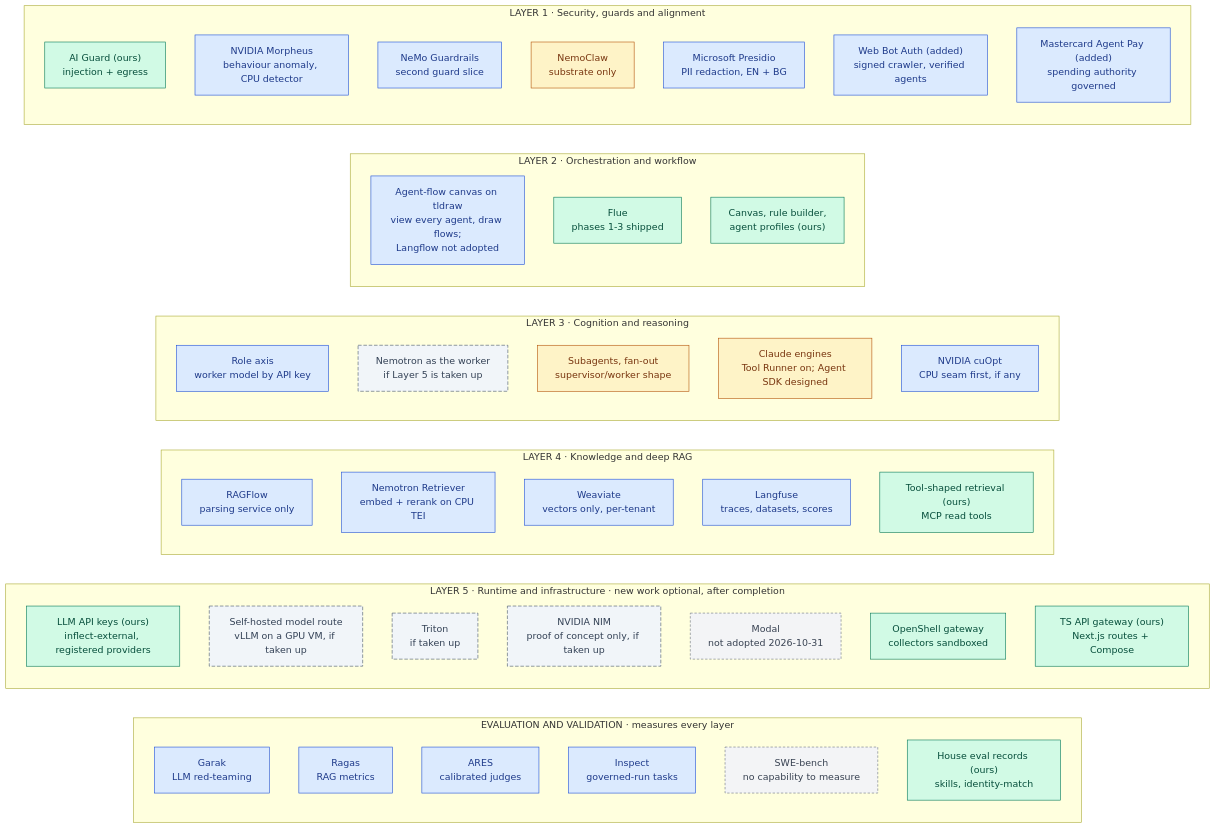
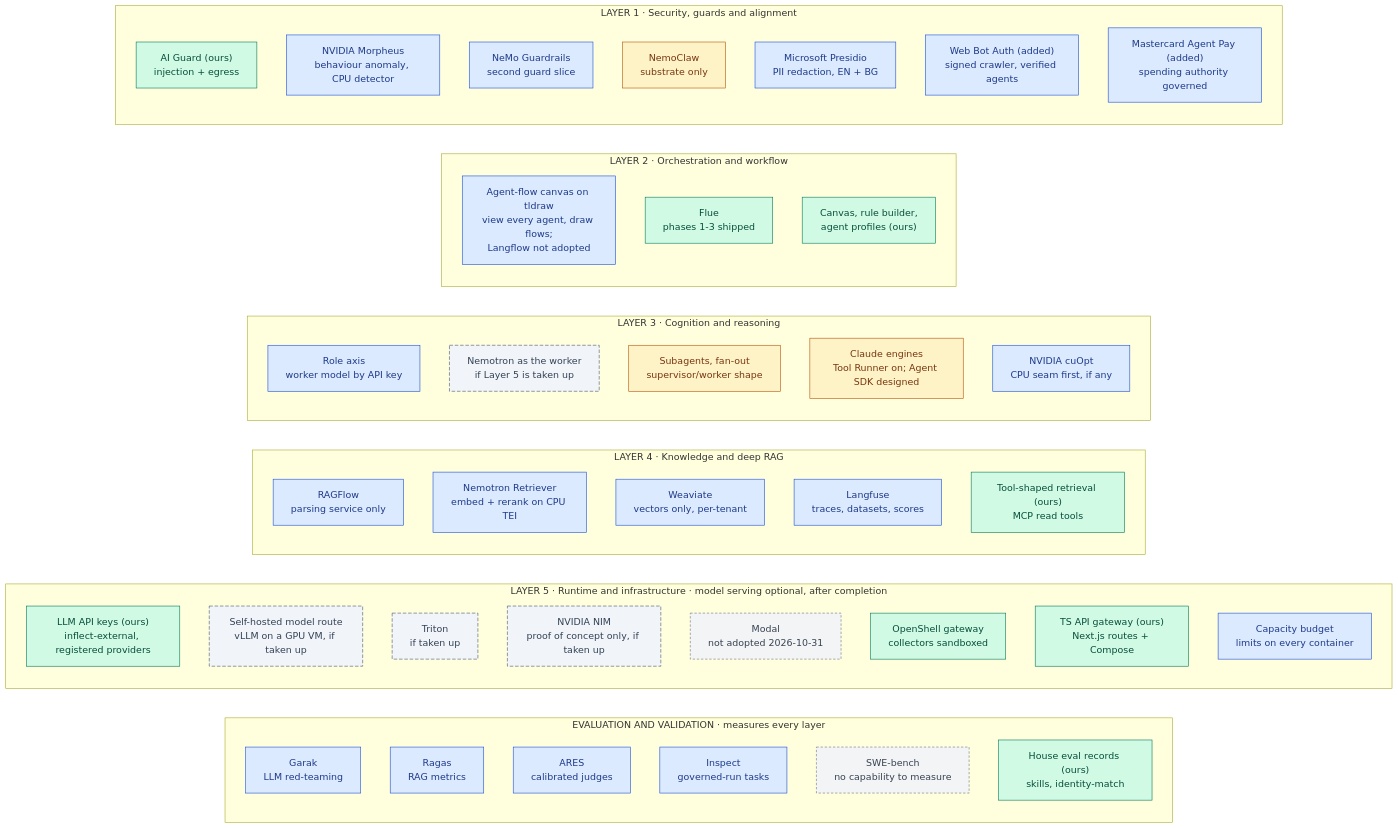
Before and after one commit to RodnaPamet/inflect-compliance: the first of 5 diagrams in docs/ai-architecture-roadmap.md, drawn with Mermaid. The commit also changed other lines of this file and 14 other files, not shown here.

First line of the commit message:
fix(vendor-monitoring): close the TLS-grade SSRF gap; add a capacity budget and a VM capacity snapshot (#4746)

````diff
--- a/docs/ai-architecture-roadmap.md
+++ b/docs/ai-architecture-roadmap.md
@@ -57,65 +59,66 @@
 ```mermaid
 flowchart LR
   subgraph EV["EVALUATION AND VALIDATION · measures every layer"]
     direction TB
     GA["Garak<br/>LLM red-teaming"]:::todo
     RA["Ragas<br/>RAG metrics"]:::todo
     AR["ARES<br/>calibrated judges"]:::todo
     IS["Inspect<br/>governed-run tasks"]:::todo
     SB["SWE-bench<br/>no capability to measure"]:::declined
     HR["House eval records (ours)<br/>skills, identity-match"]:::done
   end
 
-  subgraph L5["LAYER 5 · Runtime and infrastructure · new work optional, after completion"]
+  subgraph L5["LAYER 5 · Runtime and infrastructure · model serving optional, after completion"]
     direction TB
     API["LLM API keys (ours)<br/>inflect-external, registered providers"]:::done
     MD["Self-hosted model route<br/>vLLM on a GPU VM, if taken up"]:::optional
     TT["Triton<br/>if taken up"]:::optional
     NIM["NVIDIA NIM<br/>proof of concept only, if taken up"]:::optional
     MO5["Modal<br/>not adopted 2026-10-31"]:::declined
     OS["OpenShell gateway<br/>collectors sandboxed"]:::done
     GW["TS API gateway (ours)<br/>Next.js routes + Compose"]:::done
+    CAP["Capacity budget<br/>limits on every container"]:::todo
   end
 
   subgraph L4["LAYER 4 · Knowledge and deep RAG"]
     direction TB
     RF["RAGFlow<br/>parsing service only"]:::todo
     RT["Nemotron Retriever<br/>embed + rerank on CPU TEI"]:::todo
     WV["Weaviate<br/>vectors only, per-tenant"]:::todo
     LU["Langfuse<br/>traces, datasets, scores"]:::todo
     TR["Tool-shaped retrieval (ours)<br/>MCP read tools"]:::done
   end
 
   subgraph L3["LAYER 3 · Cognition and reasoning"]
     direction TB
     NR["Role axis<br/>worker model by API key"]:::todo
     NW["Nemotron as the worker<br/>if Layer 5 is taken up"]:::optional
     SW["Subagents, fan-out<br/>supervisor/worker shape"]:::partial
     CL["Claude engines<br/>Tool Runner on; Agent SDK designed"]:::partial
     CO["NVIDIA cuOpt<br/>CPU seam first, if any"]:::todo
   end
 
   subgraph L2["LAYER 2 · Orchestration and workflow"]
     direction TB
     LF["Agent-flow canvas on tldraw<br/>view every agent, draw flows;<br/>Langflow not adopted"]:::todo
     FL["Flue<br/>phases 1-3 shipped"]:::done
     CV["Canvas, rule builder,<br/>agent profiles (ours)"]:::done
   end
 
   subgraph L1["LAYER 1 · Security, guards and alignment"]
     direction TB
     AG["AI Guard (ours)<br/>injection + egress"]:::done
     MO["NVIDIA Morpheus<br/>behaviour anomaly, CPU detector"]:::todo
     NG["NeMo Guardrails<br/>second guard slice"]:::todo
     NC["NemoClaw<br/>substrate only"]:::partial
     PR["Microsoft Presidio<br/>PII redaction, EN + BG"]:::todo
     WB["Web Bot Auth (added)<br/>signed crawler, verified agents"]:::todo
     MA["Mastercard Agent Pay (added)<br/>spending authority governed"]:::todo
   end
 
   classDef done fill:#d1fae5,stroke:#047857,color:#064e3b
   classDef partial fill:#fef3c7,stroke:#b45309,color:#78350f
   classDef todo fill:#dbeafe,stroke:#1d4ed8,color:#1e3a8a
   classDef optional fill:#f1f5f9,stroke:#475569,color:#334155,stroke-dasharray:6 3
   classDef declined fill:#f3f4f6,stroke:#6b7280,color:#374151,stroke-dasharray:4 3
 ```
````
